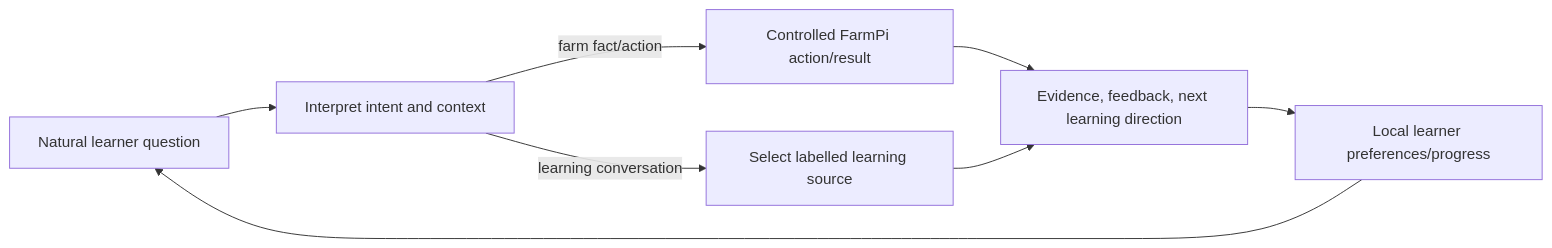
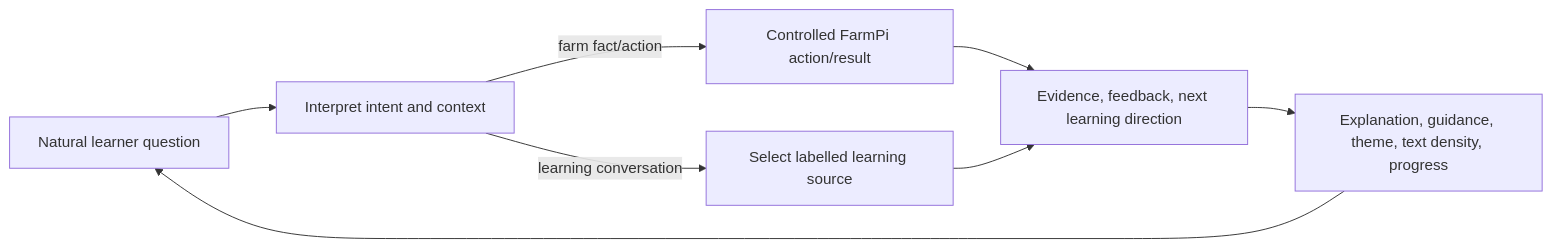
The diagram in docs/diagrams/flexible-learning.mmd (w0rmy/farmpi), drawn with Mermaid before and after one commit. The commit also changed 39 other files, not shown here.

```diff
--- a/docs/diagrams/flexible-learning.mmd
+++ b/docs/diagrams/flexible-learning.mmd
@@ -1,8 +1,8 @@
 flowchart LR
   I[Natural learner question] --> C[Interpret intent and context]
   C -->|farm fact/action| A[Controlled FarmPi action/result]
   C -->|learning conversation| S[Select labelled learning source]
   A --> F[Evidence, feedback, next learning direction]
   S --> F
-  F --> P[Local learner preferences/progress]
+  F --> P[Explanation, guidance, theme, text density, progress]
   P --> I
```
